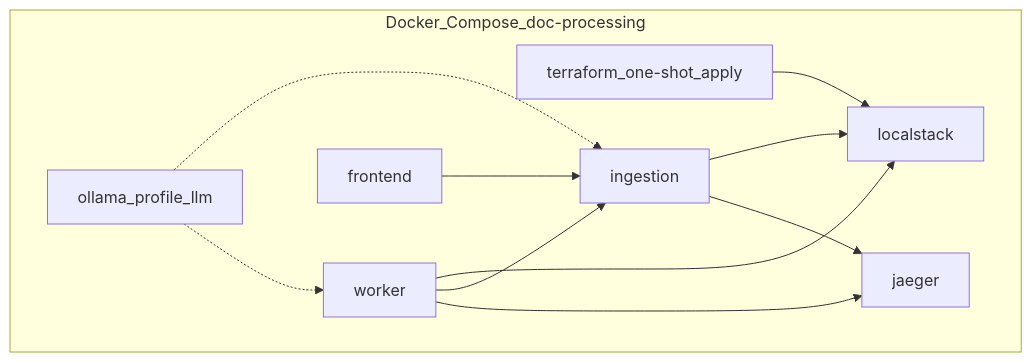
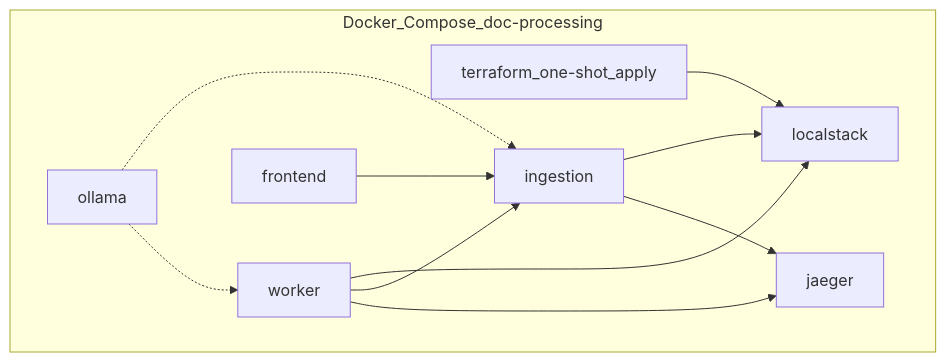
Before and after one commit to will-dabeest/document-proccessing-agent: the second of 5 diagrams in docs/architecture.md, drawn with Mermaid. The commit also changed other lines of this file and 23 other files, not shown here.

````diff
--- a/docs/architecture.md
+++ b/docs/architecture.md
@@ -55,21 +55,21 @@
 ```mermaid
 flowchart TB
   subgraph compose [Docker_Compose_doc-processing]
     LS[localstack]
     TFJob[terraform_one-shot_apply]
     Ing[ingestion]
     Wk[worker]
     Fe[frontend]
     Jg[jaeger]
-    Ol[ollama_profile_llm]
+    Ol[ollama]
   end
   TFJob --> LS
   Ing --> LS
   Ing --> Jg
   Wk --> LS
   Wk --> Ing
   Wk --> Jg
   Fe --> Ing
   Ol -.-> Ing
   Ol -.-> Wk
 ```
````
